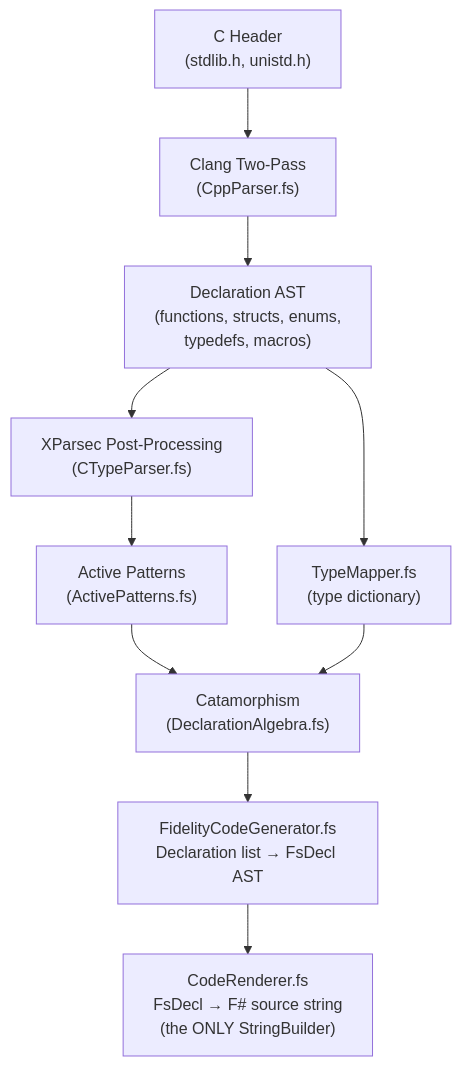
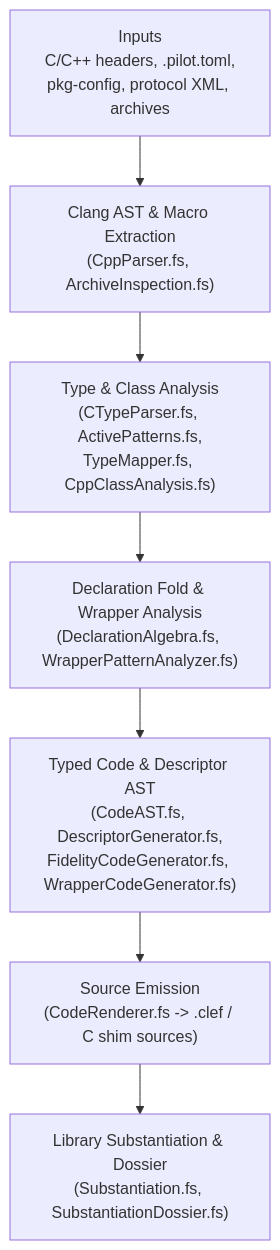
The diagram in README.md (FidelityFramework/Farscape), drawn with Mermaid before and after one commit. The commit also changed other lines of this file, not shown here.

````diff
--- a/README.md
+++ b/README.md
@@ -40,12 +18,9 @@
 ```mermaid
 flowchart TD
-    A["C Header<br/>(stdlib.h, unistd.h)"] --> B["Clang Two-Pass<br/>(CppParser.fs)"]
-    B --> C["Declaration AST<br/>(functions, structs, enums,<br/>typedefs, macros)"]
-    C --> D["XParsec Post-Processing<br/>(CTypeParser.fs)"]
-    C --> E["TypeMapper.fs<br/>(type dictionary)"]
-    D --> F["Active Patterns<br/>(ActivePatterns.fs)"]
-    F --> G["Catamorphism<br/>(DeclarationAlgebra.fs)"]
-    E --> G
-    G --> H["FidelityCodeGenerator.fs<br/>Declaration list → FsDecl AST"]
-    H --> I["CodeRenderer.fs<br/>FsDecl → F# source string<br/>(the ONLY StringBuilder)"]
+    A["Inputs<br/>C/C++ headers, .pilot.toml,<br/>pkg-config, protocol XML, archives"] --> B["Clang AST & Macro Extraction<br/>(CppParser.fs, ArchiveInspection.fs)"]
+    B --> C["Type & Class Analysis<br/>(CTypeParser.fs, ActivePatterns.fs,<br/>TypeMapper.fs, CppClassAnalysis.fs)"]
+    C --> D["Declaration Fold & Wrapper Analysis<br/>(DeclarationAlgebra.fs, WrapperPatternAnalyzer.fs)"]
+    D --> E["Typed Code & Descriptor AST<br/>(CodeAST.fs, DescriptorGenerator.fs,<br/>FidelityCodeGenerator.fs, WrapperCodeGenerator.fs)"]
+    E --> F["Source Emission<br/>(CodeRenderer.fs -> .clef / C shim sources)"]
+    F --> G["Library Substantiation & Dossier<br/>(Substantiation.fs, SubstantiationDossier.fs)"]
 ```
````
